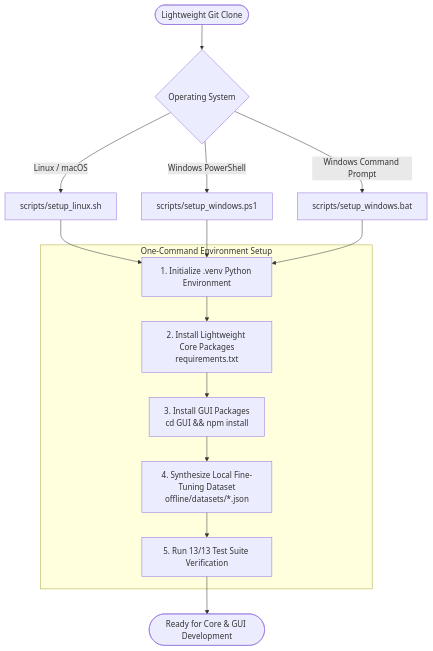
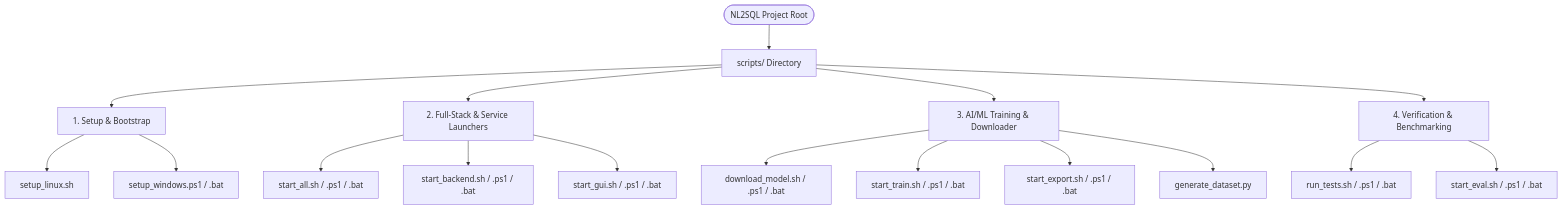
One commit to VanshikaKritiSingh/NL2SQL changed the diagram in scripts/README.md. Above: the diagram before and after it, drawn with Mermaid. The commit also changed other lines of this file and 48 other files, not shown here.

````diff
--- a/scripts/README.md
+++ b/scripts/README.md
@@ -22,23 +31,24 @@
 ```mermaid
 flowchart TD
-    START([Lightweight Git Clone]) --> TARGET{Operating System}
-    TARGET -->|Linux / macOS| BASH[scripts/setup_linux.sh]
-    TARGET -->|Windows PowerShell| PS[scripts/setup_windows.ps1]
-    TARGET -->|Windows Command Prompt| BAT[scripts/setup_windows.bat]
+    ROOT([NL2SQL Project Root]) --> SCRIPTS[scripts/ Directory]
 
-    BASH --> STEP1
-    PS --> STEP1
-    BAT --> STEP1
+    SCRIPTS --> SETUP[1. Setup & Bootstrap]
+    SCRIPTS --> RUNNERS[2. Full-Stack & Service Launchers]
+    SCRIPTS --> ML[3. AI/ML Training & Downloader]
+    SCRIPTS --> TESTS[4. Verification & Benchmarking]
 
-    subgraph Bootstrap_Sequence [One-Command Environment Setup]
-        STEP1[1. Initialize .venv Python Environment]
-        STEP2[2. Install Lightweight Core Packages<br/>requirements.txt]
-        STEP3[3. Install GUI Packages<br/>cd GUI && npm install]
-        STEP4[4. Synthesize Local Fine-Tuning Dataset<br/>offline/datasets/*.json]
-        STEP5[5. Run 13/13 Test Suite Verification]
-        
-        STEP1 --> STEP2 --> STEP3 --> STEP4 --> STEP5
-    end
+    SETUP --> S1[setup_linux.sh]
+    SETUP --> S2[setup_windows.ps1 / .bat]
 
-    STEP5 --> READY([Ready for Core & GUI Development])
+    RUNNERS --> R1[start_all.sh / .ps1 / .bat]
+    RUNNERS --> R2[start_backend.sh / .ps1 / .bat]
+    RUNNERS --> R3[start_gui.sh / .ps1 / .bat]
+
+    ML --> M1[download_model.sh / .ps1 / .bat]
+    ML --> M2[start_train.sh / .ps1 / .bat]
+    ML --> M3[start_export.sh / .ps1 / .bat]
+    ML --> M4[generate_dataset.py]
+
+    TESTS --> T1[run_tests.sh / .ps1 / .bat]
+    TESTS --> T2[start_eval.sh / .ps1 / .bat]
 ```
````
